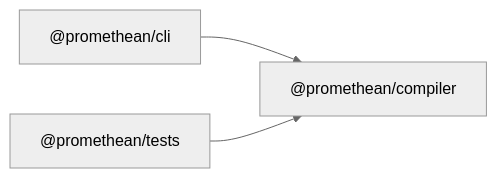
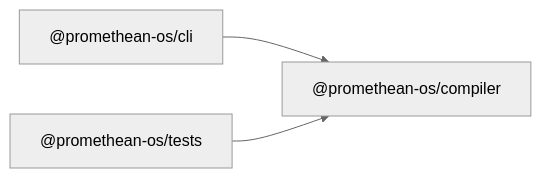
One commit to octave-commons/promethean changed the diagram in docs/packages/compiler/README.md. Above: the diagram before and after it, drawn with Mermaid (neutral theme). The commit also changed other lines of this file and 1753 other files, not shown here.

````diff
--- a/docs/packages/compiler/README.md
+++ b/docs/packages/compiler/README.md
@@ -14,10 +14,10 @@
 ```mermaid
 graph LR
-  A["@promethean/compiler"]
-  R1["@promethean/cli"]
-  R2["@promethean/tests"]
-  R1["@promethean/cli"] --> A
-  R2["@promethean/tests"] --> A
-  click R1 "../cli/README.md" "@promethean/cli"
-  click R2 "../tests/README.md" "@promethean/tests"
+  A["@promethean-os/compiler"]
+  R1["@promethean-os/cli"]
+  R2["@promethean-os/tests"]
+  R1["@promethean-os/cli"] --> A
+  R2["@promethean-os/tests"] --> A
+  click R1 "../cli/README.md" "@promethean-os/cli"
+  click R2 "../tests/README.md" "@promethean-os/tests"
 ```
````
